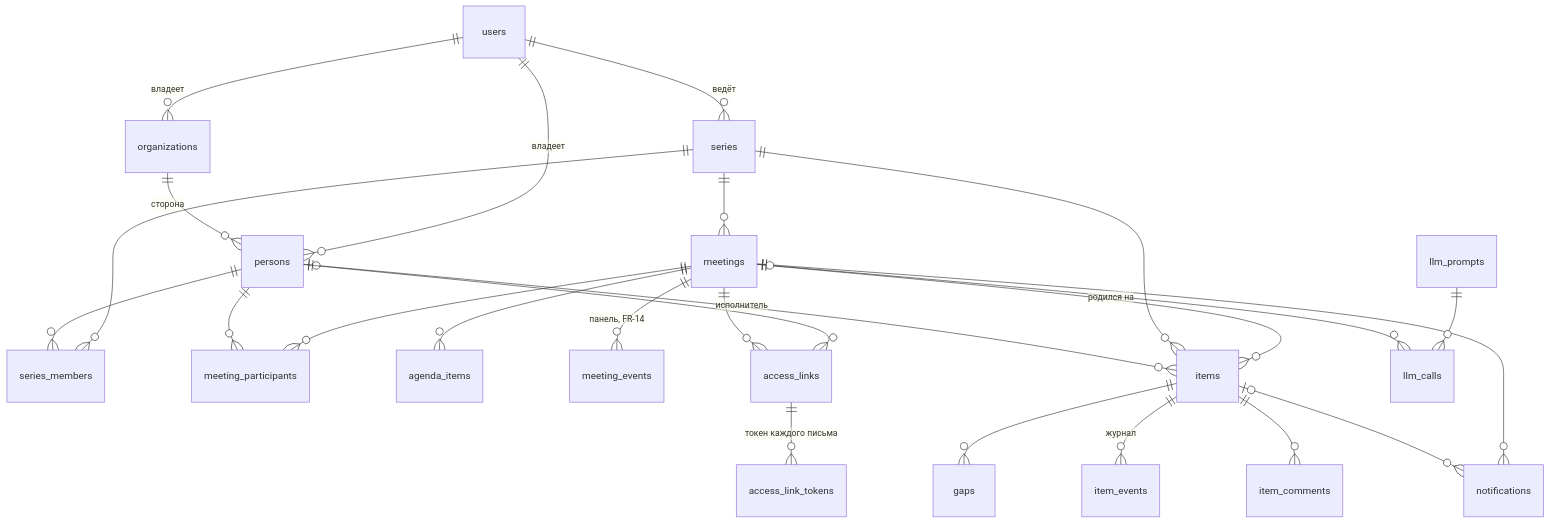
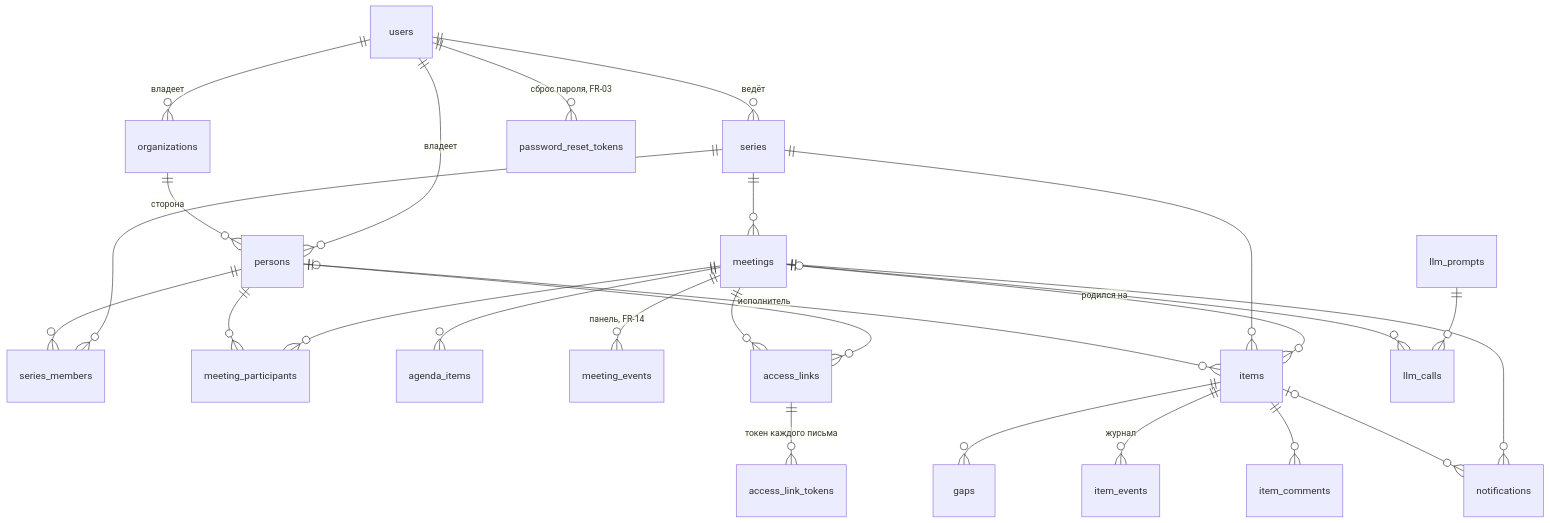
One commit to organisation3214234324123123124123/dogovorilis changed the third of 3 diagrams in docs/architecture.md. Above: the diagram before and after it, drawn with Mermaid. The commit also changed other lines of this file, not shown here.

````diff
--- a/docs/architecture.md
+++ b/docs/architecture.md
@@ -53,27 +57,28 @@
 ```mermaid
 erDiagram
   users ||--o{ organizations : "владеет"
   users ||--o{ persons : "владеет"
   users ||--o{ series : "ведёт"
   organizations ||--o{ persons : "сторона"
   series ||--o{ series_members : ""
   persons ||--o{ series_members : ""
   series ||--o{ meetings : ""
   meetings ||--o{ meeting_participants : ""
   persons ||--o{ meeting_participants : ""
   meetings ||--o{ agenda_items : ""
   meetings ||--o{ meeting_events : "панель, FR-14"
   meetings ||--o{ items : "родился на"
   series ||--o{ items : ""
   persons |o--o{ items : "исполнитель"
   items ||--o{ gaps : ""
   items ||--o{ item_events : "журнал"
   items ||--o{ item_comments : ""
   persons ||--o{ access_links : ""
   meetings ||--o{ access_links : ""
   access_links ||--o{ access_link_tokens : "токен каждого письма"
+  users ||--o{ password_reset_tokens : "сброс пароля, FR-03"
   meetings ||--o{ notifications : ""
   items |o--o{ notifications : ""
   llm_prompts ||--o{ llm_calls : ""
   meetings |o--o{ llm_calls : ""
 ```
````
